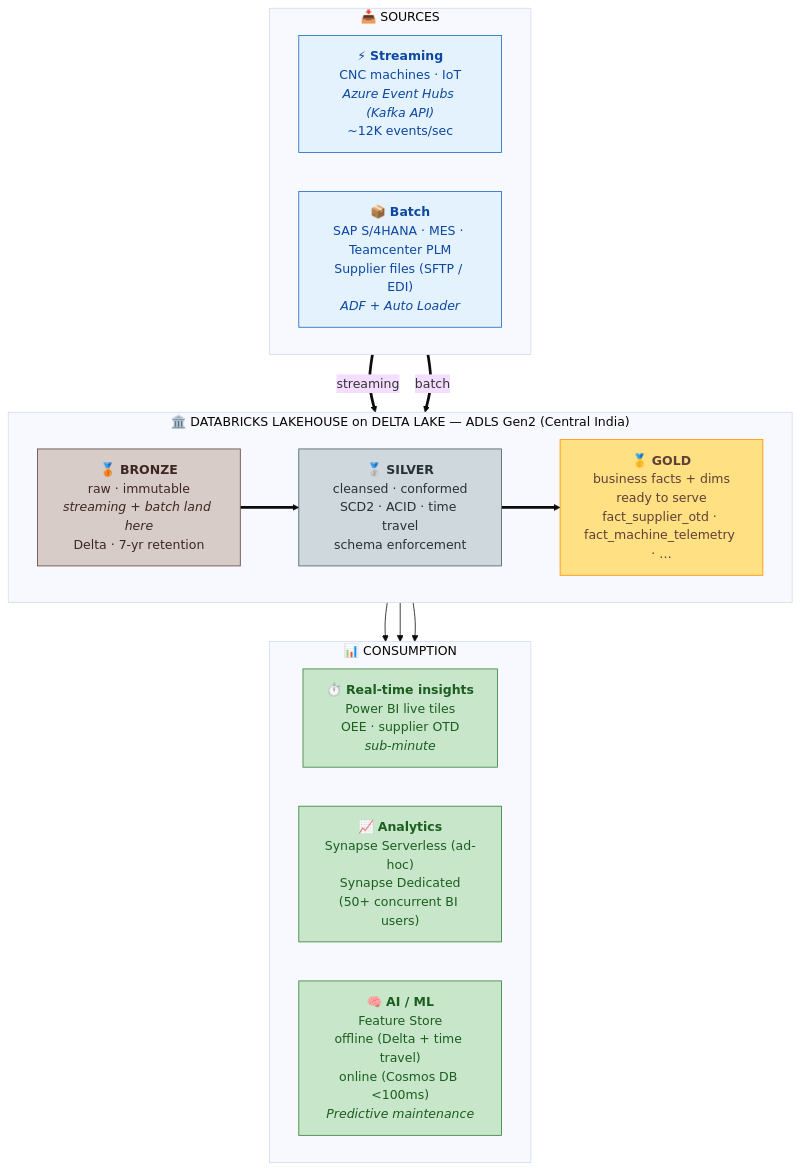
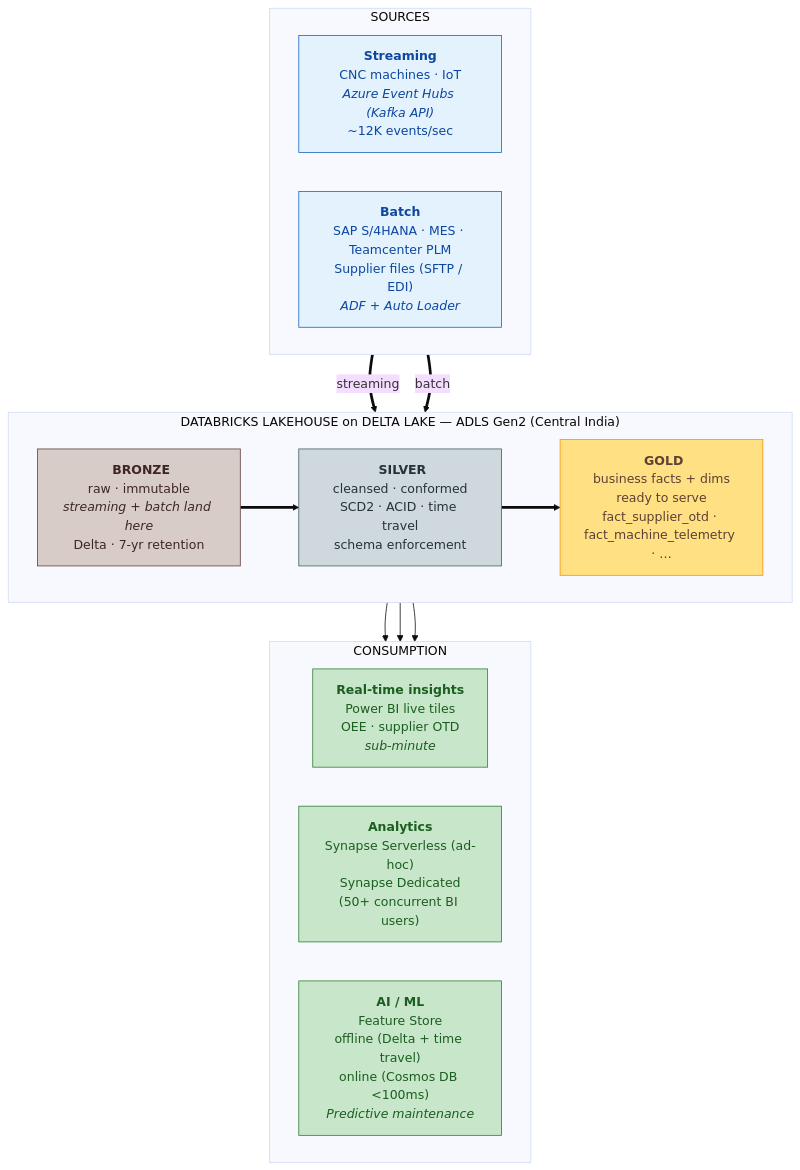
Before and after one commit to malappa2304/people10_usecase: the diagram in docs/01_architecture_diagram.md, drawn with Mermaid (base theme).

````diff
--- a/docs/01_architecture_diagram.md
+++ b/docs/01_architecture_diagram.md
@@ -5,45 +5,45 @@
 ```mermaid
 flowchart TB
 
     %% ============== SOURCES ==============
-    subgraph S["📥 SOURCES"]
+    subgraph S["SOURCES"]
         direction LR
-        S1["⚡ <b>Streaming</b><br/>CNC machines · IoT<br/><i>Azure Event Hubs (Kafka API)</i><br/>~12K events/sec"]
-        S2["📦 <b>Batch</b><br/>SAP S/4HANA · MES · Teamcenter PLM<br/>Supplier files (SFTP / EDI)<br/><i>ADF + Auto Loader</i>"]
+        S1[" <b>Streaming</b><br/>CNC machines · IoT<br/><i>Azure Event Hubs (Kafka API)</i><br/>~12K events/sec"]
+        S2[" <b>Batch</b><br/>SAP S/4HANA · MES · Teamcenter PLM<br/>Supplier files (SFTP / EDI)<br/><i>ADF + Auto Loader</i>"]
     end
 
     %% ============== LAKEHOUSE ==============
-    subgraph L["🏛️ DATABRICKS LAKEHOUSE on DELTA LAKE — ADLS Gen2 (Central India)"]
+    subgraph L[" DATABRICKS LAKEHOUSE on DELTA LAKE — ADLS Gen2 (Central India)"]
         direction LR
-        B["<b>🥉 BRONZE</b><br/>raw · immutable<br/><i>streaming + batch land here</i><br/>Delta · 7-yr retention"]
-        SI["<b>🥈 SILVER</b><br/>cleansed · conformed<br/>SCD2 · ACID · time travel<br/>schema enforcement"]
-        G["<b>🥇 GOLD</b><br/>business facts + dims<br/>ready to serve<br/>fact_supplier_otd · fact_machine_telemetry · …"]
+        B["<b> BRONZE</b><br/>raw · immutable<br/><i>streaming + batch land here</i><br/>Delta · 7-yr retention"]
+        SI["<b> SILVER</b><br/>cleansed · conformed<br/>SCD2 · ACID · time travel<br/>schema enforcement"]
+        G["<b> GOLD</b><br/>business facts + dims<br/>ready to serve<br/>fact_supplier_otd · fact_machine_telemetry · …"]
         B ==> SI ==> G
     end
 
     %% ============== CONSUMPTION ==============
-    subgraph C["📊 CONSUMPTION"]
+    subgraph C[" CONSUMPTION"]
         direction LR
-        C1["⏱️ <b>Real-time insights</b><br/>Power BI live tiles<br/>OEE · supplier OTD<br/><i>sub-minute</i>"]
-        C2["📈 <b>Analytics</b><br/>Synapse Serverless (ad-hoc)<br/>Synapse Dedicated<br/>(50+ concurrent BI users)"]
-        C3["🧠 <b>AI / ML</b><br/>Feature Store<br/>offline (Delta + time travel)<br/>online (Cosmos DB <100ms)<br/><i>Predictive maintenance</i>"]
+        C1[" <b>Real-time insights</b><br/>Power BI live tiles<br/>OEE · supplier OTD<br/><i>sub-minute</i>"]
+        C2[" <b>Analytics</b><br/>Synapse Serverless (ad-hoc)<br/>Synapse Dedicated<br/>(50+ concurrent BI users)"]
+        C3[" <b>AI / ML</b><br/>Feature Store<br/>offline (Delta + time travel)<br/>online (Cosmos DB <100ms)<br/><i>Predictive maintenance</i>"]
     end
 
     S1 ==>|streaming| B
     S2 ==>|batch| B
     G --> C1
     G --> C2
     G --> C3
 
     classDef sources  fill:#e3f2fd,stroke:#1565c0,color:#0d47a1
     classDef bronze   fill:#d7ccc8,stroke:#5d4037,color:#3e2723
     classDef silver   fill:#cfd8dc,stroke:#455a64,color:#263238
     classDef gold     fill:#ffe082,stroke:#ff8f00,color:#5d4037
     classDef consume  fill:#c8e6c9,stroke:#2e7d32,color:#1b5e20
 
     class S1,S2 sources
     class B bronze
     class SI silver
     class G gold
     class C1,C2,C3 consume
 ```
````
